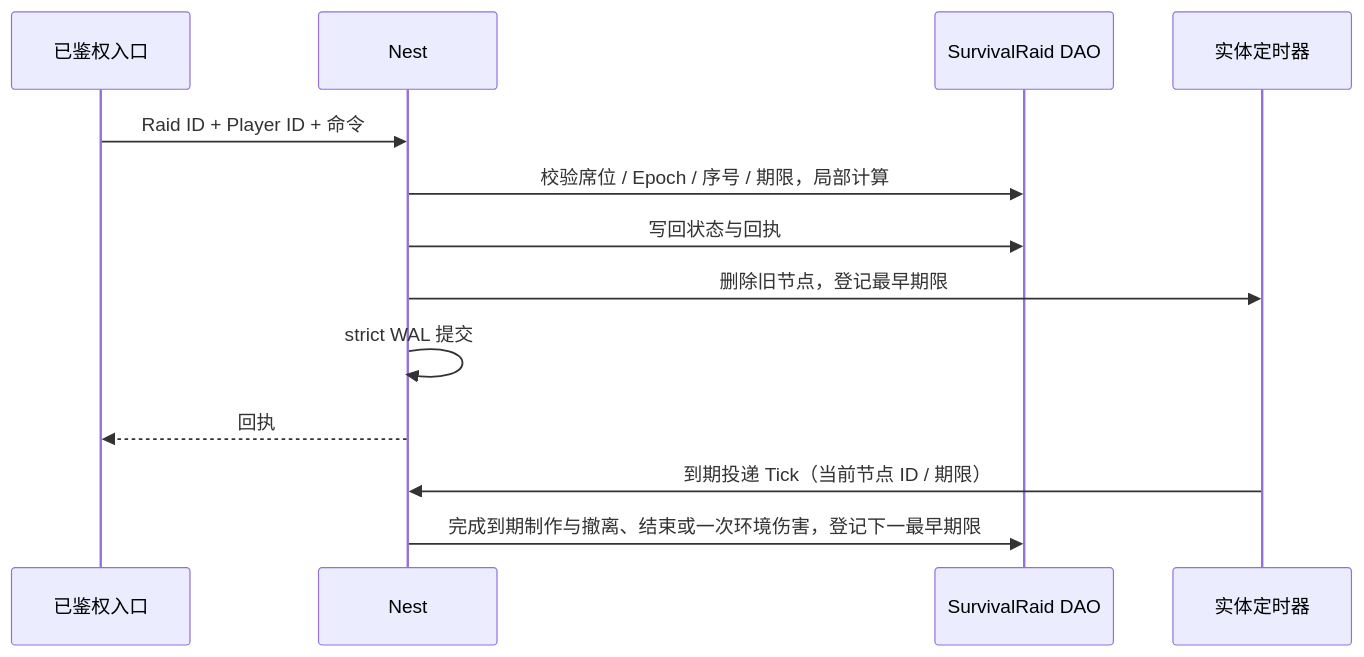
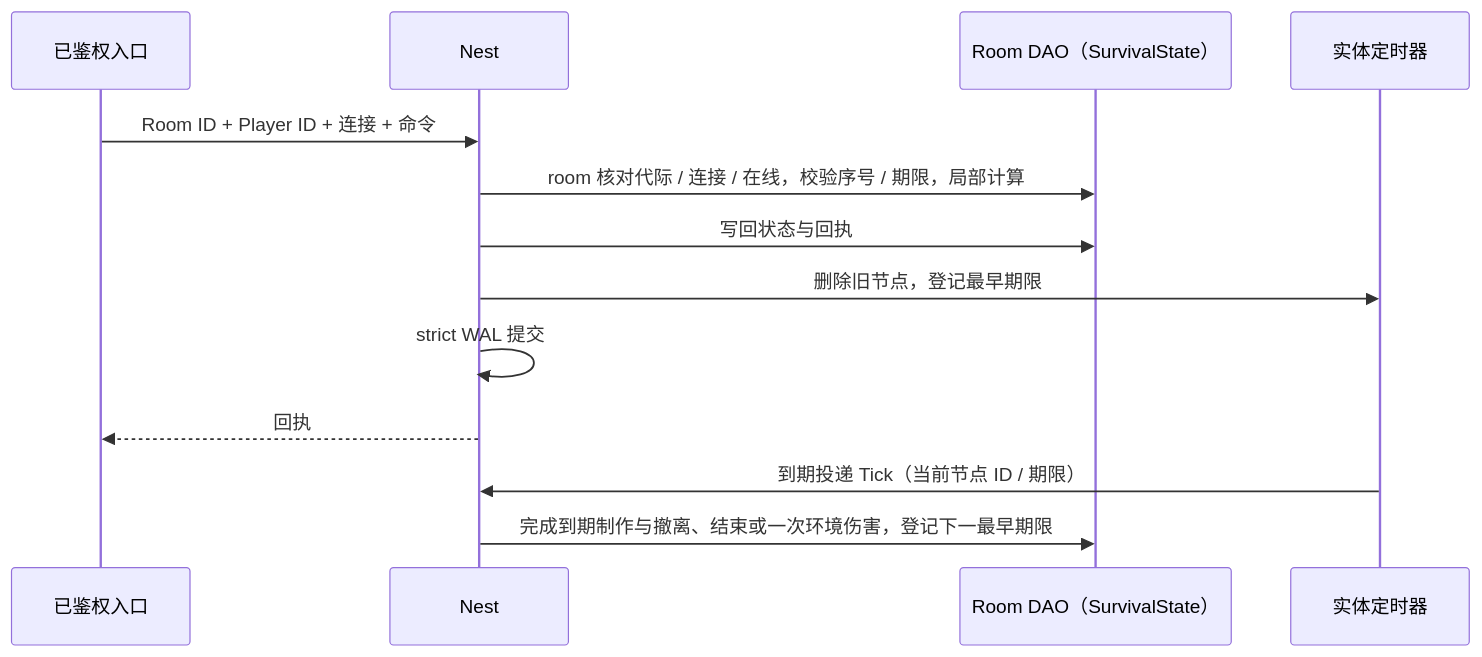
Before and after one commit to tjbdwanghaibo/roost-core: the second of 2 diagrams in docs/framework/SURVIVAL-EXTRACTION-INTEGRATION.md, drawn with Mermaid. The commit also changed other lines of this file and 33 other files, not shown here.

````diff
--- a/docs/framework/SURVIVAL-EXTRACTION-INTEGRATION.md
+++ b/docs/framework/SURVIVAL-EXTRACTION-INTEGRATION.md
@@ -179,15 +218,15 @@
 ```mermaid
 sequenceDiagram
     participant C as 已鉴权入口
     participant N as Nest
-    participant R as SurvivalRaid DAO
+    participant R as Room DAO（SurvivalState）
     participant T as 实体定时器
-    C->>N: Raid ID + Player ID + 命令
-    N->>R: 校验席位 / Epoch / 序号 / 期限，局部计算
+    C->>N: Room ID + Player ID + 连接 + 命令
+    N->>R: room 核对代际 / 连接 / 在线，校验序号 / 期限，局部计算
     N->>R: 写回状态与回执
     N->>T: 删除旧节点，登记最早期限
     N->>N: strict WAL 提交
     N-->>C: 回执
     T->>N: 到期投递 Tick（当前节点 ID / 期限）
     N->>R: 完成到期制作与撤离、结束或一次环境伤害，登记下一最早期限
 ```
````
